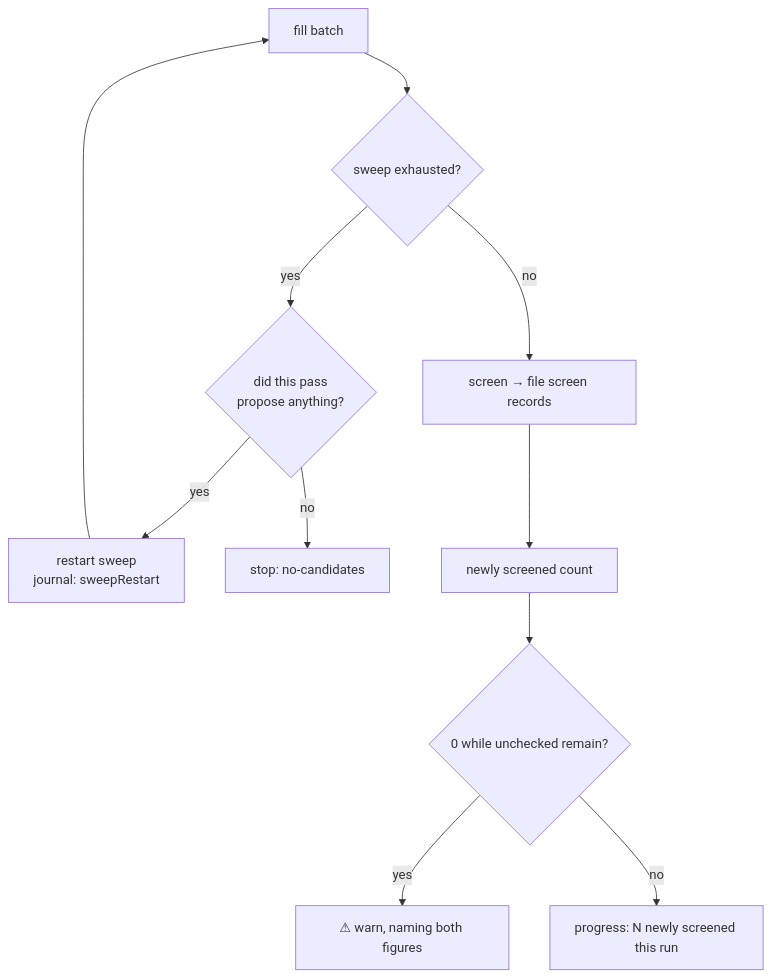
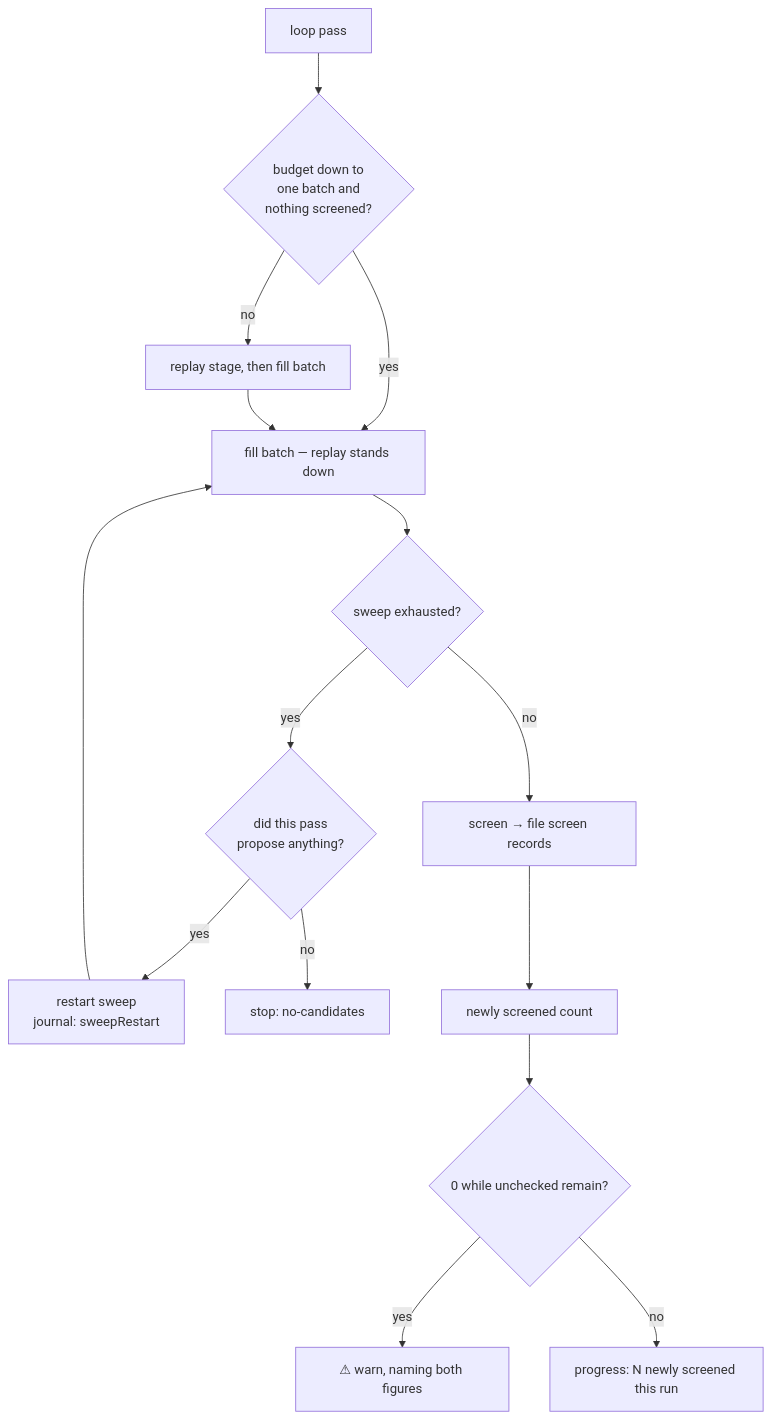
Before and after one commit to stSoftwareAU/NEAT-AI-Ockham: the fifth of 11 diagrams in README.md, drawn with Mermaid. The commit also changed other lines of this file and 3 other files, not shown here.

First line of the commit message:
🪒 Reserve the screening batch inside the budget, not past the deadline (Issue #77)

````diff
--- a/README.md
+++ b/README.md
@@ -441,13 +445,17 @@
 ```mermaid
 flowchart TD
-    B["fill batch"] --> E{"sweep exhausted?"}
+    L["loop pass"] --> Y{"budget down to<br/>one batch and<br/>nothing screened?"}
+    Y -->|yes| B["fill batch — replay stands down"]
+    Y -->|no| RP["replay stage, then fill batch"]
+    RP --> B
+    B --> E{"sweep exhausted?"}
     E -->|no| S["screen → file screen records"]
     E -->|yes| P{"did this pass<br/>propose anything?"}
     P -->|yes| R["restart sweep<br/>journal: sweepRestart"]
     P -->|no| X["stop: no-candidates"]
     R --> B
     S --> N["newly screened count"]
     N --> W{"0 while unchecked remain?"}
     W -->|yes| G["⚠ warn, naming both figures"]
     W -->|no| K["progress: N newly screened this run"]
 ```
````
